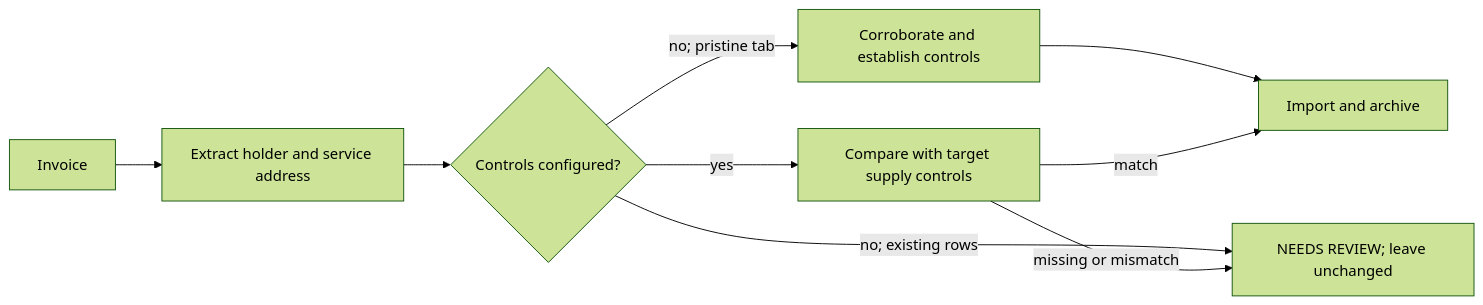
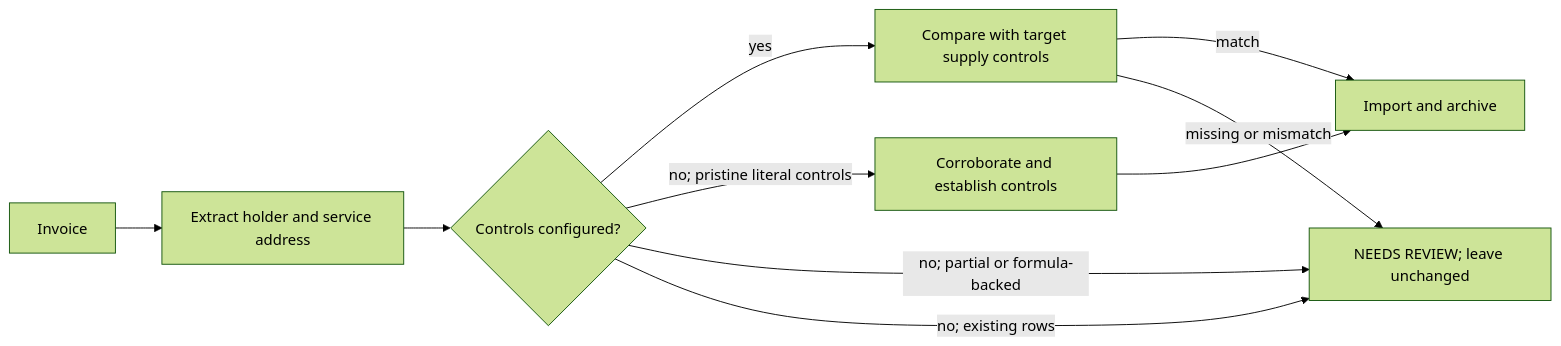
One commit to marcomc/Google-Drive-Utilities-Cataloger changed the third of 3 diagrams in docs/OPERATIONS.md. Above: the diagram before and after it, drawn with Mermaid (forest theme). The commit also changed other lines of this file and 5 other files, not shown here.

Commit message:
feat: enhance service identity control validation and establish pristine conditions for initial bootstrap

````diff
--- a/docs/OPERATIONS.md
+++ b/docs/OPERATIONS.md
@@ -58,11 +58,12 @@
 ```mermaid
 flowchart LR
   invoice["Invoice"] --> extract["Extract holder and service address"]
   extract --> state{"Controls configured?"}
   state -- "yes" --> compare["Compare with target supply controls"]
-  state -- "no; pristine tab" --> bootstrap["Corroborate and establish controls"]
+  state -- "no; pristine literal controls" --> bootstrap["Corroborate and establish controls"]
+  state -- "no; partial or formula-backed" --> review["NEEDS REVIEW; leave unchanged"]
   state -- "no; existing rows" --> review["NEEDS REVIEW; leave unchanged"]
   bootstrap --> import["Import and archive"]
   compare -- "match" --> import["Import and archive"]
   compare -- "missing or mismatch" --> review["NEEDS REVIEW; leave unchanged"]
 ```
````
